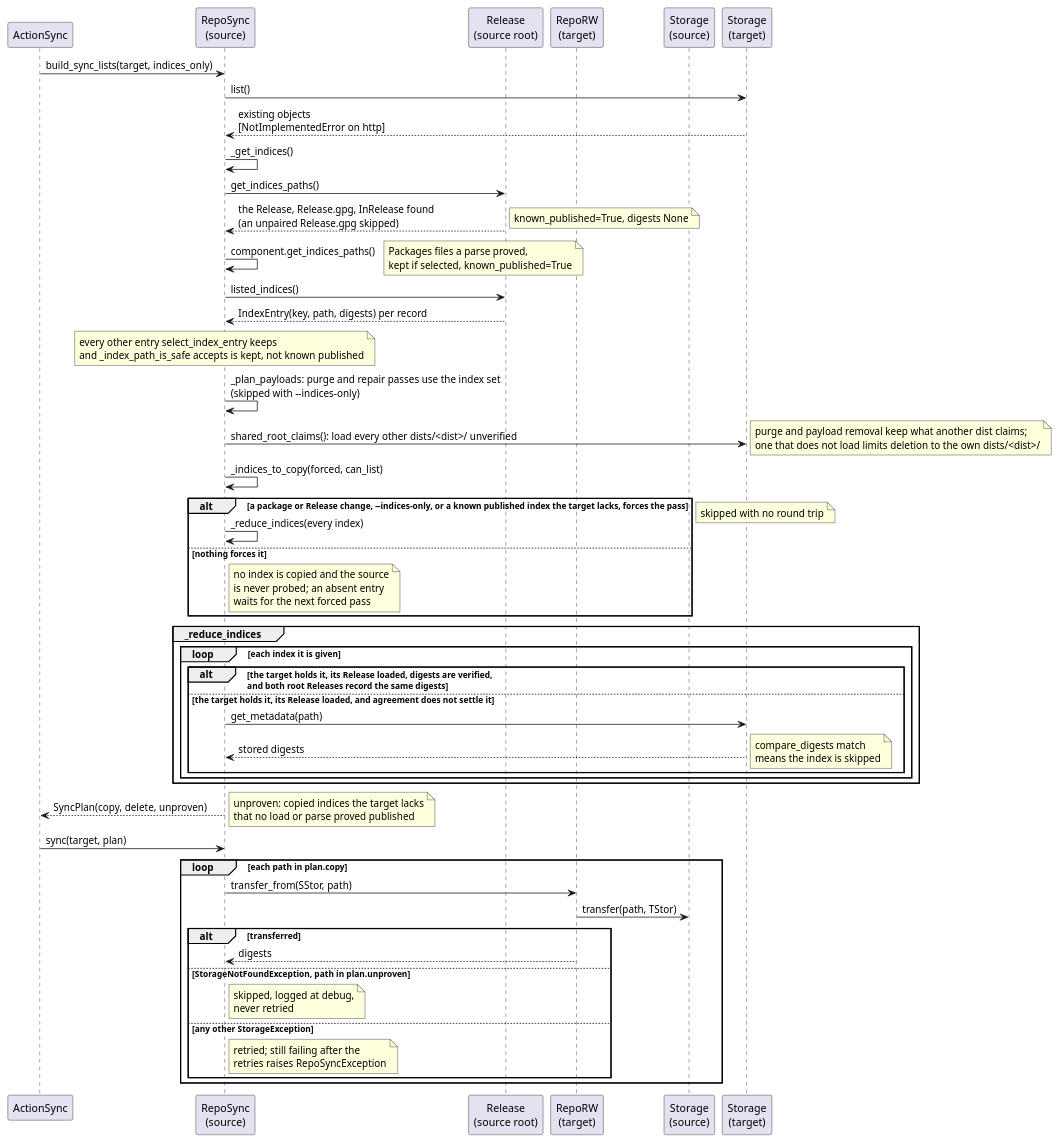
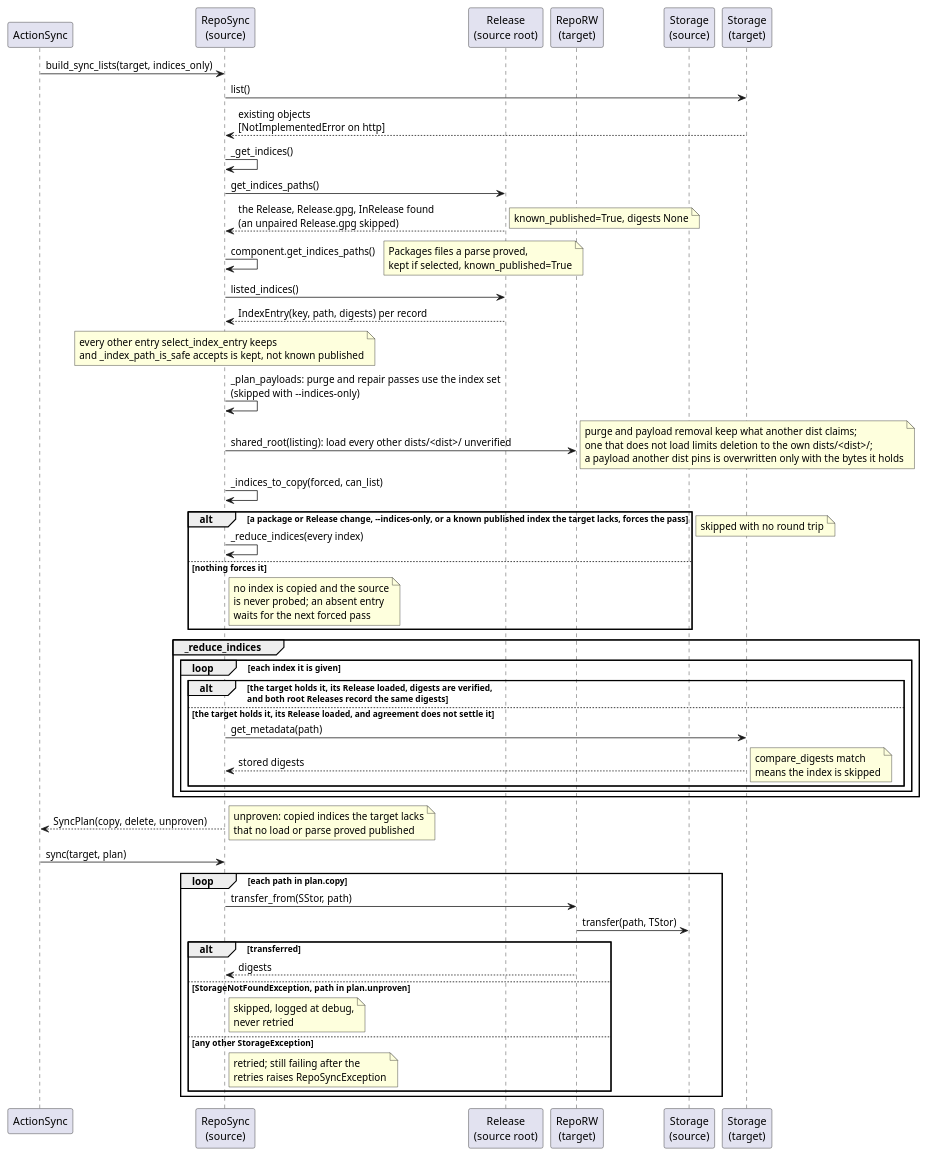
The diagram in docs/development/diagrams/repo-sync-indices-sequence.puml (vinklat/debkit), drawn with PlantUML before and after one commit. The commit also changed 19 other files, not shown here.

```diff
--- a/docs/development/diagrams/repo-sync-indices-sequence.puml
+++ b/docs/development/diagrams/repo-sync-indices-sequence.puml
@@ -1,62 +1,62 @@
 @startuml
 participant ActionSync
 participant "RepoSync\n(source)" as Src
 participant "Release\n(source root)" as Rel
 participant "RepoRW\n(target)" as Tgt
 participant "Storage\n(source)" as SStor
 participant "Storage\n(target)" as TStor
 
 ActionSync -> Src: build_sync_lists(target, indices_only)
 Src -> TStor: list()
 TStor --> Src: existing objects\n[NotImplementedError on http]
 
 Src -> Src: _get_indices()
 Src -> Rel: get_indices_paths()
 Rel --> Src: the Release, Release.gpg, InRelease found\n(an unpaired Release.gpg skipped)
 note right: known_published=True, digests None
 Src -> Src: component.get_indices_paths()
 note right: Packages files a parse proved,\nkept if selected, known_published=True
 Src -> Rel: listed_indices()
 Rel --> Src: IndexEntry(key, path, digests) per record
 
 note over Src: every other entry select_index_entry keeps\nand _index_path_is_safe accepts is kept, not known published
 
 Src -> Src: _plan_payloads: purge and repair passes use the index set\n(skipped with --indices-only)
-Src -> TStor: shared_root_claims(): load every other dists/<dist>/ unverified
-note right: purge and payload removal keep what another dist claims;\none that does not load limits deletion to the own dists/<dist>/
+Src -> Tgt: shared_root(listing): load every other dists/<dist>/ unverified
+note right: purge and payload removal keep what another dist claims;\none that does not load limits deletion to the own dists/<dist>/;\na payload another dist pins is overwritten only with the bytes it holds
 
 Src -> Src: _indices_to_copy(forced, can_list)
 alt a package or Release change, --indices-only, or a known published index the target lacks, forces the pass
   Src -> Src: _reduce_indices(every index)
 else nothing forces it
   note right of Src: no index is copied and the source\nis never probed; an absent entry\nwaits for the next forced pass
 end
 
 group _reduce_indices
   loop each index it is given
     alt the target holds it, its Release loaded, digests are verified,\nand both root Releases record the same digests
       note right: skipped with no round trip
     else the target holds it, its Release loaded, and agreement does not settle it
       Src -> TStor: get_metadata(path)
       TStor --> Src: stored digests
       note right: compare_digests match\nmeans the index is skipped
     end
   end
 end
 
 Src --> ActionSync: SyncPlan(copy, delete, unproven)
 note right: unproven: copied indices the target lacks\nthat no load or parse proved published
 
 ActionSync -> Src: sync(target, plan)
 loop each path in plan.copy
   Src -> Tgt: transfer_from(SStor, path)
   Tgt -> SStor: transfer(path, TStor)
   alt transferred
     Tgt --> Src: digests
   else StorageNotFoundException, path in plan.unproven
     note right of Src: skipped, logged at debug,\nnever retried
   else any other StorageException
     note right of Src: retried; still failing after the\nretries raises RepoSyncException
   end
 end
 @enduml
```
